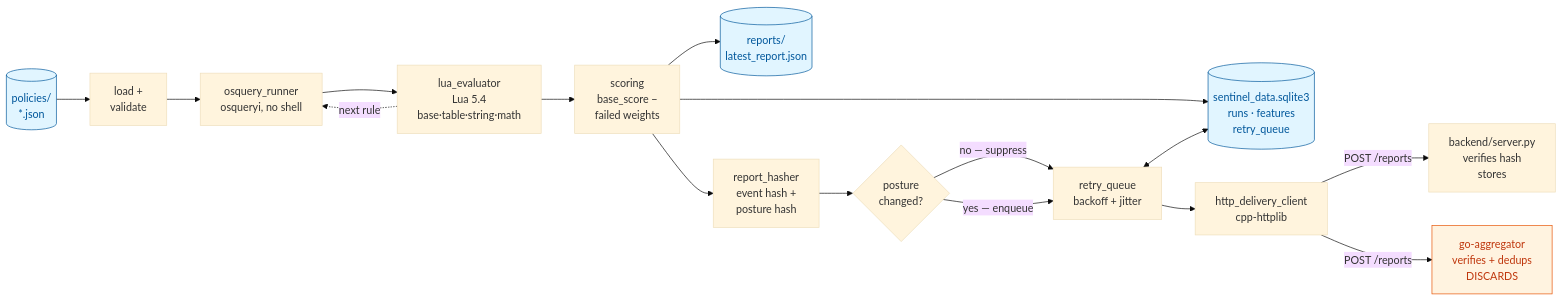
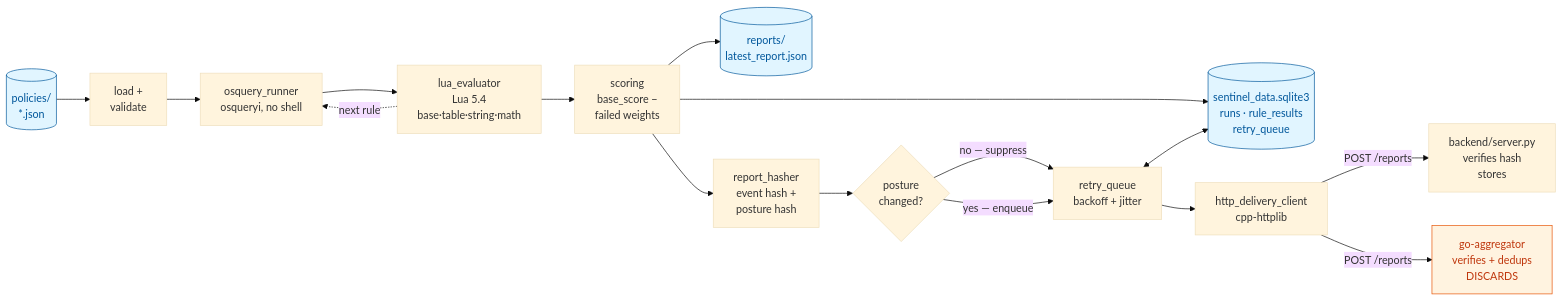
Before and after one commit to rohan2107/Sentinel: the diagram in architecture/README.md, drawn with Mermaid (base theme). The commit also changed other lines of this file and 5 other files, not shown here.

````diff
--- a/architecture/README.md
+++ b/architecture/README.md
@@ -20,26 +20,26 @@
 ```mermaid
 flowchart LR
     POL[("policies/<br/>*.json")] --> LOAD["load +<br/>validate"]
     LOAD --> OSQ["osquery_runner<br/>osqueryi, no shell"]
     OSQ --> LUA["lua_evaluator<br/>Lua 5.4<br/>base·table·string·math"]
     LUA -.->|"next rule"| OSQ
     LUA --> SCORE["scoring<br/>base_score −<br/>failed weights"]
 
     SCORE --> REP[("reports/<br/>latest_report.json")]
-    SCORE --> SQL[("sentinel_data.sqlite3<br/>runs · features<br/>retry_queue")]
+    SCORE --> SQL[("sentinel_data.sqlite3<br/>runs · rule_results<br/>retry_queue")]
     SCORE --> HASH["report_hasher<br/>event hash +<br/>posture hash"]
 
     HASH --> SUPP{"posture<br/>changed?"}
     SUPP -->|"no — suppress"| QUEUE
     SUPP -->|"yes — enqueue"| QUEUE
     QUEUE["retry_queue<br/>backoff + jitter"] <--> SQL
     QUEUE --> HTTP["http_delivery_client<br/>cpp-httplib"]
 
     HTTP -->|"POST /reports"| PY["backend/server.py<br/>verifies hash<br/>stores"]
     HTTP -->|"POST /reports"| GO["go-aggregator<br/>verifies + dedups<br/>DISCARDS"]
 
     classDef store fill:#e1f5ff,stroke:#01579b,color:#01579b
     classDef gap fill:#fff3e0,stroke:#e65100,color:#bf360c
     class POL,SQL,REP store
     class GO gap
 ```
````
